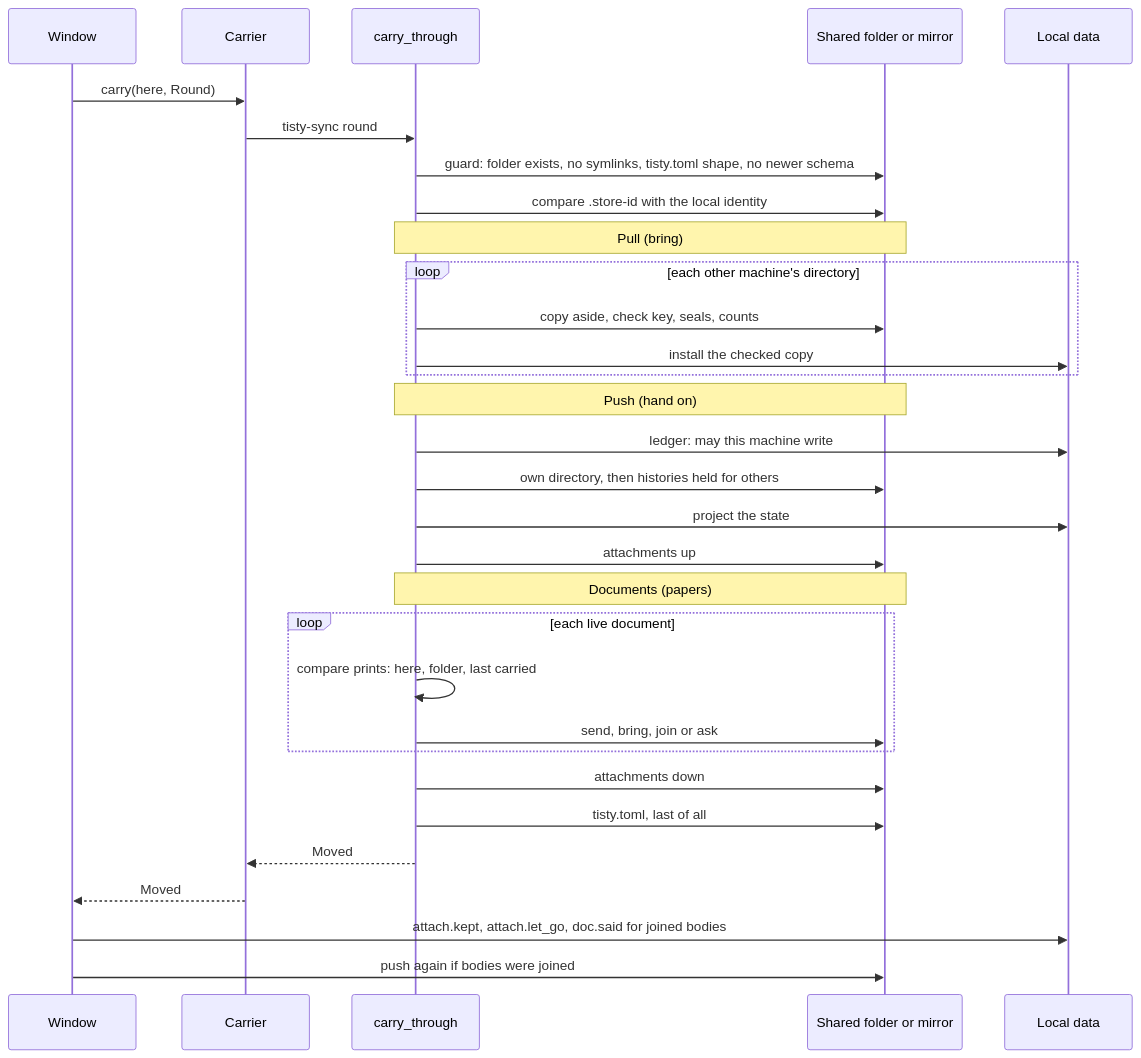
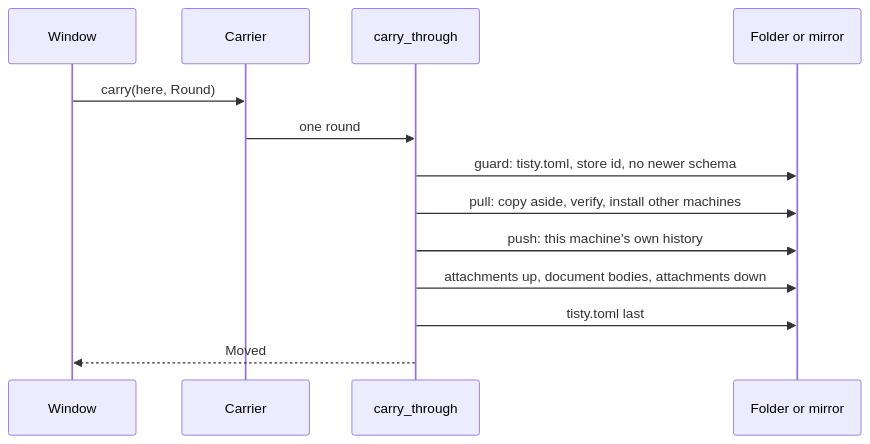
The fourth of 5 diagrams in docs/ARCHITECTURE.md (rgdevment/Tisty), drawn with Mermaid before and after one commit. The commit also changed other lines of this file and 2 other files, not shown here.

First line of the commit message:
docs: slim ARCHITECTURE.md to a map of crates, processes and the rules nothing may break (#407)

````diff
--- a/docs/ARCHITECTURE.md
+++ b/docs/ARCHITECTURE.md
@@ -571,33 +136,15 @@
 ```mermaid
 sequenceDiagram
   participant W as Window
   participant C as Carrier
   participant R as carry_through
-  participant F as Shared folder or mirror
-  participant L as Local data
+  participant F as Folder or mirror
   W->>C: carry(here, Round)
-  C->>R: tisty-sync round
-  R->>F: guard: folder exists, no symlinks, tisty.toml shape, no newer schema
-  R->>F: compare .store-id with the local identity
-  Note over R,F: Pull (bring)
-  loop each other machine's directory
-    R->>F: copy aside, check key, seals, counts
-    R->>L: install the checked copy
-  end
-  Note over R,F: Push (hand on)
-  R->>L: ledger: may this machine write
-  R->>F: own directory, then histories held for others
-  R->>L: project the state
-  R->>F: attachments up
-  Note over R,F: Documents (papers)
-  loop each live document
-    R->>R: compare prints: here, folder, last carried
-    R->>F: send, bring, join or ask
-  end
-  R->>F: attachments down
-  R->>F: tisty.toml, last of all
-  R-->>C: Moved
-  C-->>W: Moved
-  W->>L: attach.kept, attach.let_go, doc.said for joined bodies
-  W->>F: push again if bodies were joined
+  C->>R: one round
+  R->>F: guard: tisty.toml, store id, no newer schema
+  R->>F: pull: copy aside, verify, install other machines
+  R->>F: push: this machine's own history
+  R->>F: attachments up, document bodies, attachments down
+  R->>F: tisty.toml last
+  R-->>W: Moved
 ```
````
